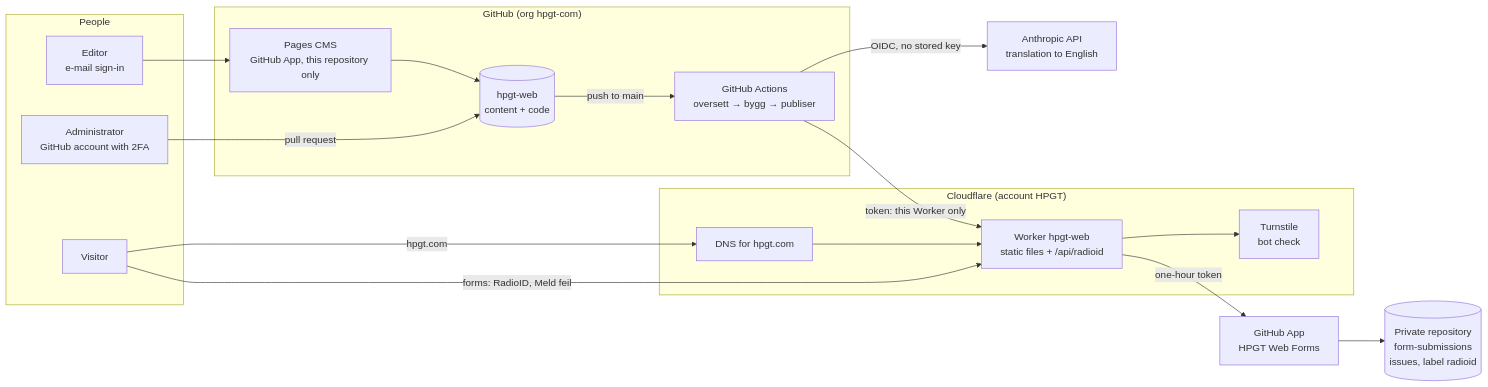
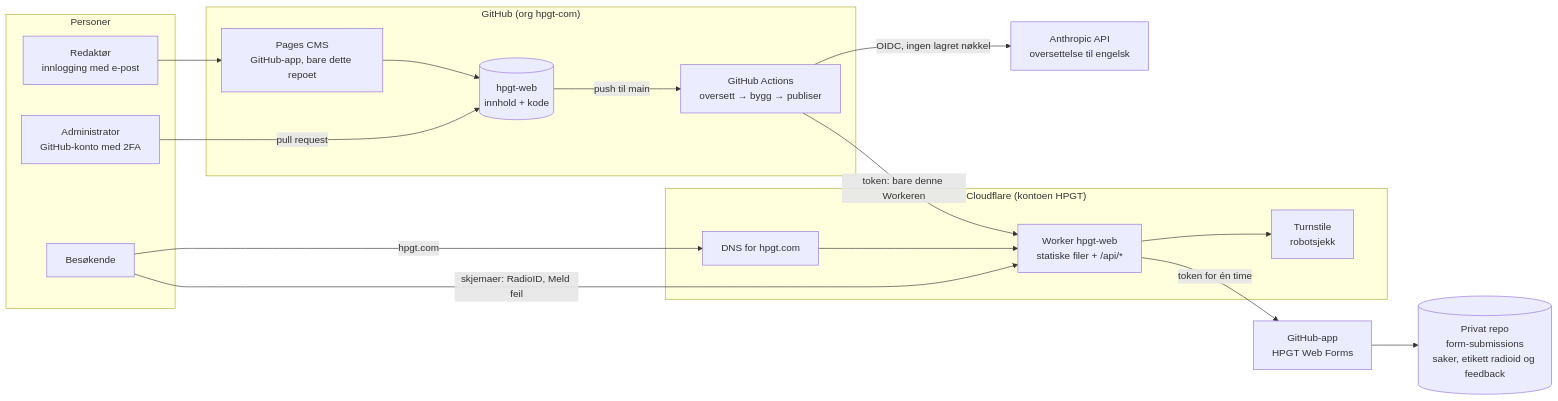
The first of 3 diagrams in docs/architecture.md (hpgt-com/hpgt-web), drawn with Mermaid before and after one commit. The commit also changed other lines of this file and 13 other files, not shown here.

````diff
--- a/docs/architecture.md
+++ b/docs/architecture.md
@@ -20,35 +20,35 @@
 ```mermaid
 flowchart LR
-  subgraph People
-    R[Editor<br/>e-mail sign-in]
-    A[Administrator<br/>GitHub account with 2FA]
-    B[Visitor]
+  subgraph People["Personer"]
+    R[Redaktør<br/>innlogging med e-post]
+    A[Administrator<br/>GitHub-konto med 2FA]
+    B[Besøkende]
   end
 
   subgraph GitHub["GitHub (org hpgt-com)"]
-    CMS[Pages CMS<br/>GitHub App, this repository only]
-    REPO[(hpgt-web<br/>content + code)]
+    CMS[Pages CMS<br/>GitHub-app, bare dette repoet]
+    REPO[(hpgt-web<br/>innhold + kode)]
     ACT[GitHub Actions<br/>oversett → bygg → publiser]
   end
 
-  ISS[(Private repository<br/>form-submissions<br/>issues, label radioid)]
+  ISS[(Privat repo<br/>form-submissions<br/>saker, etikett radioid og feedback)]
 
-  subgraph Cloudflare["Cloudflare (account HPGT)"]
-    W[Worker hpgt-web<br/>static files + /api/radioid]
-    TS[Turnstile<br/>bot check]
+  subgraph Cloudflare["Cloudflare (kontoen HPGT)"]
+    W[Worker hpgt-web<br/>statiske filer + /api/*]
+    TS[Turnstile<br/>robotsjekk]
     DNS[DNS for hpgt.com]
   end
 
-  AN[Anthropic API<br/>translation to English]
-  APP[GitHub App<br/>HPGT Web Forms]
+  AN[Anthropic API<br/>oversettelse til engelsk]
+  APP[GitHub-app<br/>HPGT Web Forms]
 
   R --> CMS --> REPO
   A -- pull request --> REPO
-  REPO -- push to main --> ACT
-  ACT -- OIDC, no stored key --> AN
-  ACT -- token: this Worker only --> W
+  REPO -- push til main --> ACT
+  ACT -- OIDC, ingen lagret nøkkel --> AN
+  ACT -- token: bare denne Workeren --> W
   B -- hpgt.com --> DNS --> W
-  B -- forms: RadioID, Meld feil --> W
+  B -- skjemaer: RadioID, Meld feil --> W
   W --> TS
-  W -- one-hour token --> APP --> ISS
+  W -- token for én time --> APP --> ISS
 ```
````
